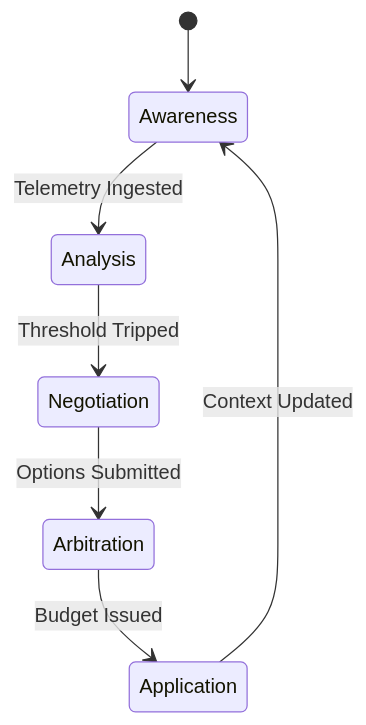
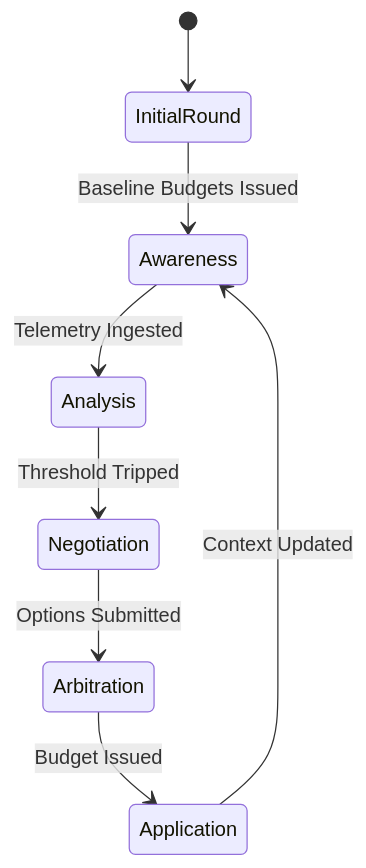
Before and after one commit to eraflo/KhoraEngine: the second of 3 diagrams in docs/src/12_gorna_protocol.md, drawn with Mermaid. The commit also changed other lines of this file and 23 other files, not shown here.

````diff
--- a/docs/src/12_gorna_protocol.md
+++ b/docs/src/12_gorna_protocol.md
@@ -50,9 +50,10 @@
 ```mermaid
 stateDiagram-v2
-    [*] --> Awareness
+    [*] --> InitialRound
+    InitialRound --> Awareness: Baseline Budgets Issued
     Awareness --> Analysis: Telemetry Ingested
     Analysis --> Negotiation: Threshold Tripped
     Negotiation --> Arbitration: Options Submitted
     Arbitration --> Application: Budget Issued
     Application --> Awareness: Context Updated
 ```
````
